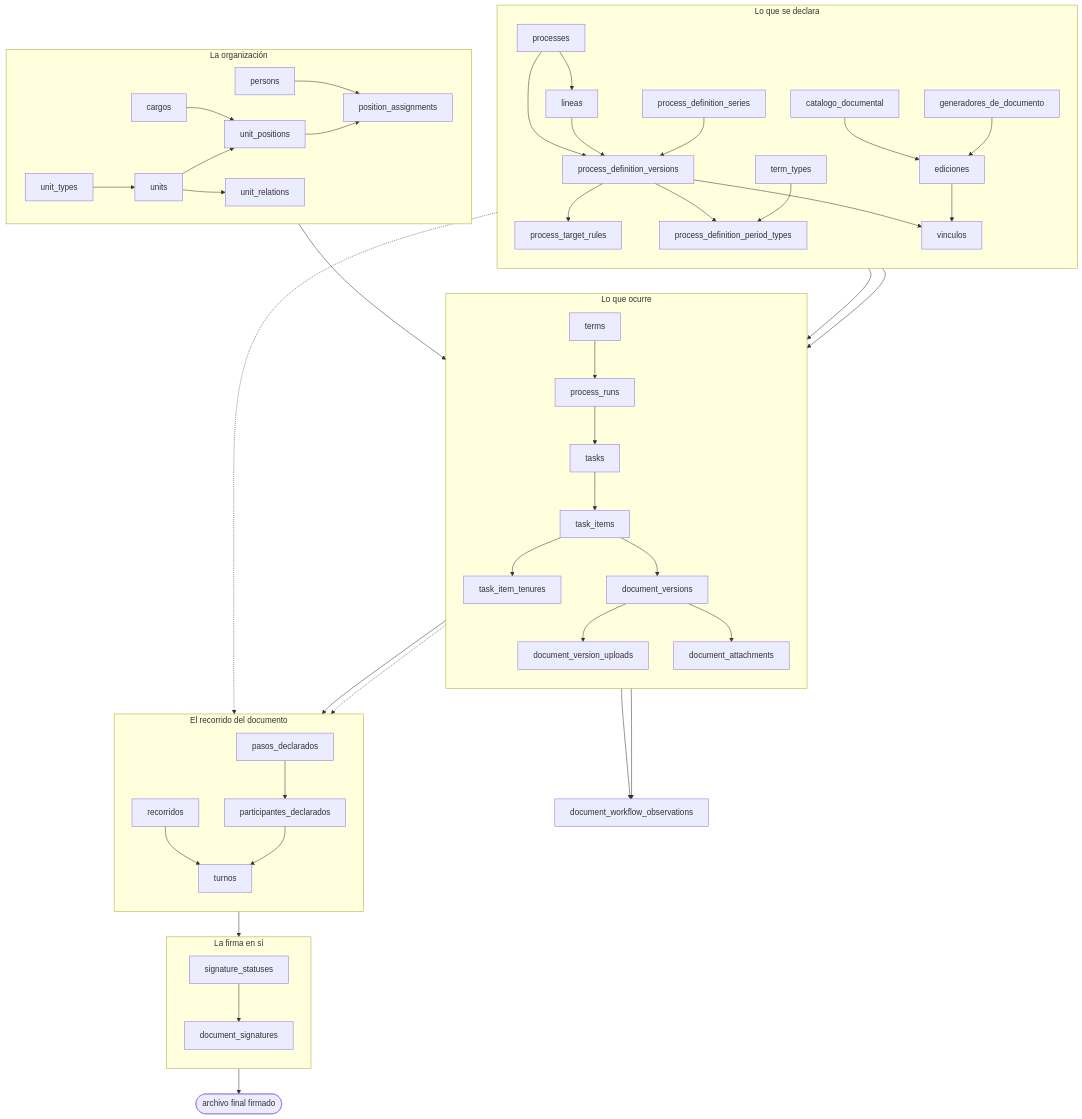
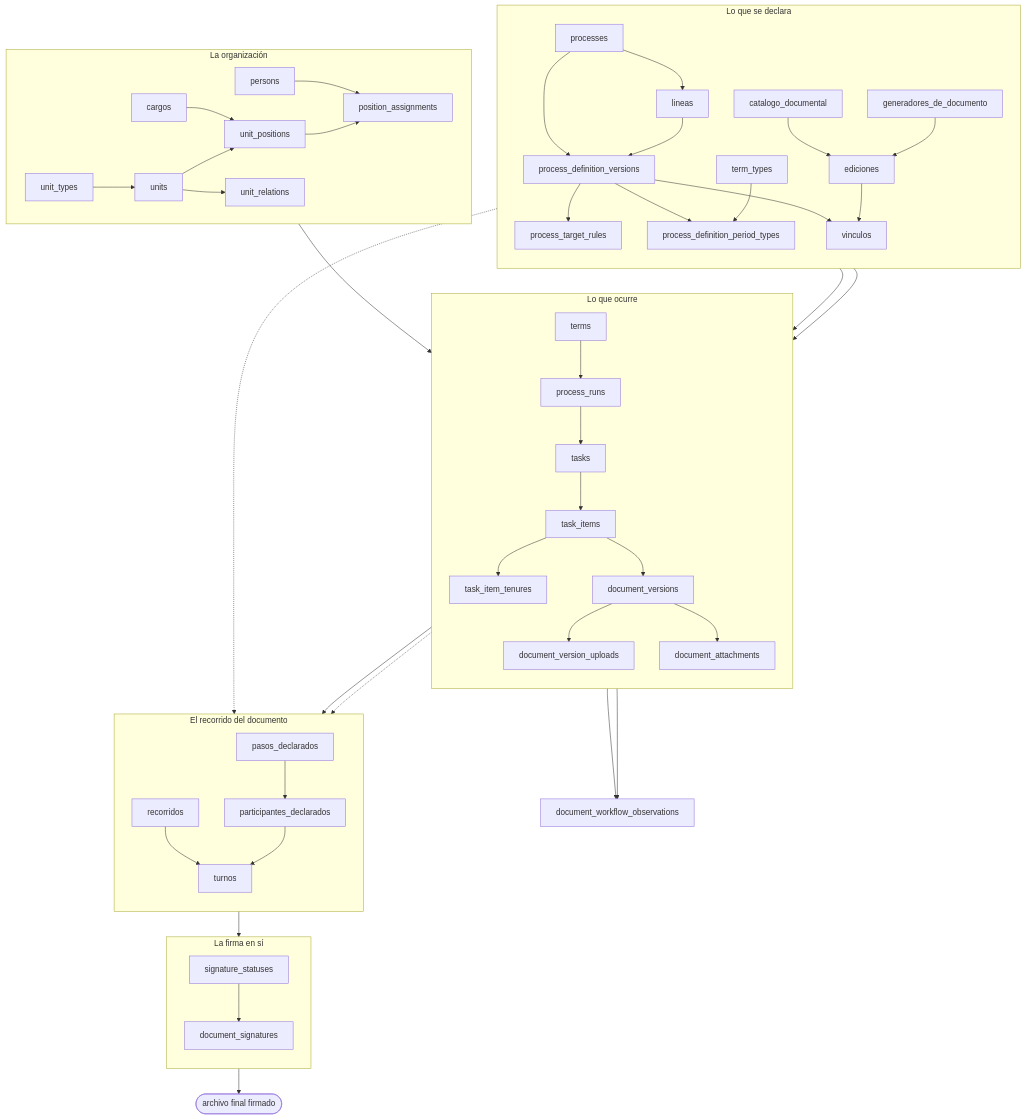
One commit to fresvel/deasy changed the diagram in docs/src/content/docs/modelo/mapa-completo.md. Above: the diagram before and after it, drawn with Mermaid. The commit also changed 62 other files, not shown here.

````diff
--- a/docs/src/content/docs/modelo/mapa-completo.md
+++ b/docs/src/content/docs/modelo/mapa-completo.md
@@ -22,61 +22,60 @@
 ```mermaid
 flowchart TB
   subgraph ORG["La organización"]
     direction LR
     UT["unit_types"] --> U["units"]
     U --> UP["unit_positions"]
     C["cargos"] --> UP
     UP --> PA["position_assignments"]
     P["persons"] --> PA
     U --> UR["unit_relations"]
   end
 
   subgraph DECL["Lo que se declara"]
     direction TB
     PR["processes"] --> PDV["process_definition_versions"]
     PR --> LIN["lineas"]
     LIN --> PDV
-    SER["process_definition_series"] --> PDV
     PDV --> PTR["process_target_rules"]
     PDV --> PDPT["process_definition_period_types"]
     TT["term_types"] --> PDPT
     DEL["catalogo_documental"] --> TA["ediciones"]
     GEN["generadores_de_documento"] --> TA
     PDV --> PDT["vinculos"]
     TA --> PDT
   end
 
   subgraph EJEC["Lo que ocurre"]
     direction TB
     PDV --> RUN["process_runs"]
     TERM["terms"] --> RUN
     RUN --> T["tasks"]
     T --> TI["task_items"]
     PDT --> TI
     UP --> TI
     TI --> TEN["task_item_tenures"]
     TI --> DV["document_versions"]
     DV --> DVU["document_version_uploads"]
     DV --> DA["document_attachments"]
   end
 
   subgraph REC["El recorrido del documento"]
     direction TB
     PASO["pasos_declarados"] --> PART["participantes_declarados"]
     RECO["recorridos"] --> TUR["turnos"]
     PART --> TUR
   end
 
   subgraph FIR["La firma en sí"]
     direction TB
     TUR --> DS["document_signatures"]
     SS["signature_statuses"] --> DS
   end
 
   TA -.-> PASO
   TI -.-> PASO
   DV --> RECO
   DS --> FIN(["archivo final firmado"])
   TI --> OBS["document_workflow_observations"]
   DV --> OBS
 ```
````
